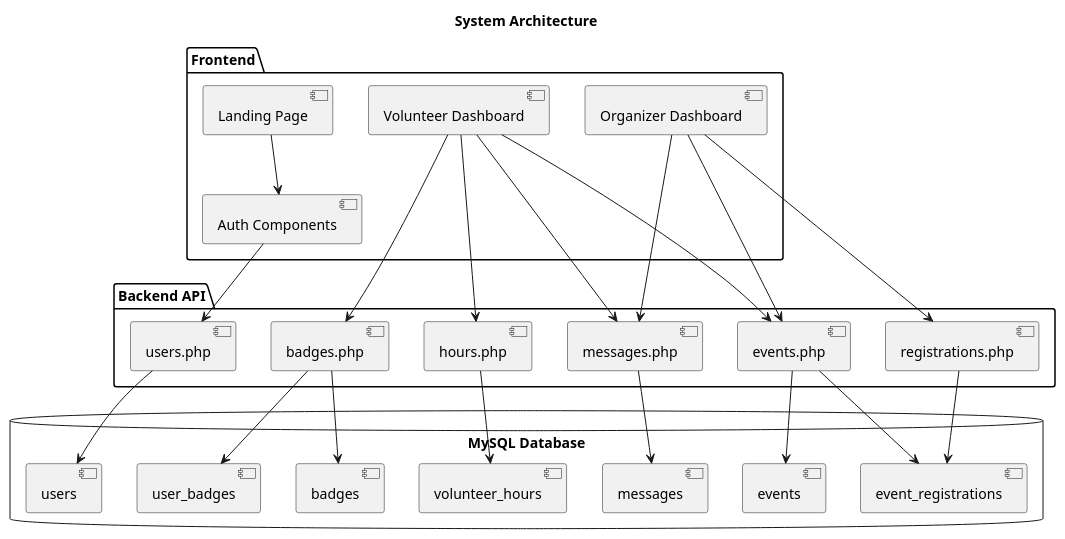
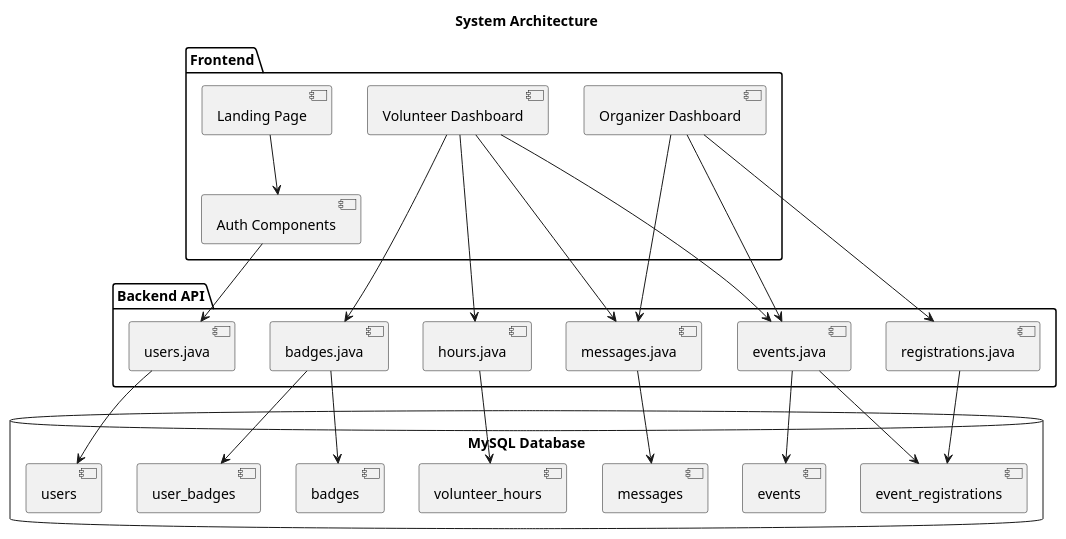
One commit to Llego-250/volunteerHub changed the sixth of 8 diagrams in flow_diagrams.puml. Above: the diagram before and after it, drawn with PlantUML. The commit also changed other lines of this file, not shown here.

Commit message:
flow diagram

```diff
--- a/flow_diagrams.puml
+++ b/flow_diagrams.puml
@@ -218,49 +218,49 @@
 @startuml
 title System Architecture
 
 package "Frontend" {
     component [Landing Page] as LP
     component [Volunteer Dashboard] as VD
     component [Organizer Dashboard] as OD
     component [Auth Components] as Auth
 }
 
 package "Backend API" {
-    component [users.php] as UP
-    component [events.php] as EP
-    component [messages.php] as MP
-    component [registrations.php] as RP
-    component [hours.php] as HP
-    component [badges.php] as BP
+    component [users.java] as UP
+    component [events.java] as EP
+    component [messages.java] as MP
+    component [registrations.java] as RP
+    component [hours.java] as HP
+    component [badges.java] as BP
 }
 
 database "MySQL Database" {
     storage [users]
     storage [events]
     storage [event_registrations]
     storage [messages]
     storage [volunteer_hours]
     storage [badges]
     storage [user_badges]
 }
 
 LP --> Auth
 Auth --> UP
 VD --> EP
 VD --> MP
 VD --> HP
 VD --> BP
 OD --> EP
 OD --> MP
 OD --> RP
 
 UP --> [users]
 EP --> [events]
 EP --> [event_registrations]
 MP --> [messages]
 RP --> [event_registrations]
 HP --> [volunteer_hours]
 BP --> [badges]
 BP --> [user_badges]
 
 @enduml
```
